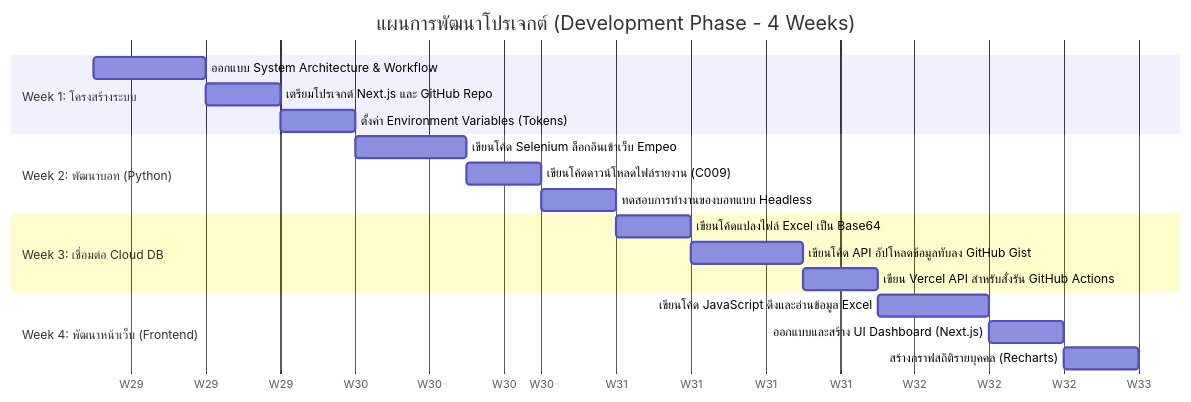
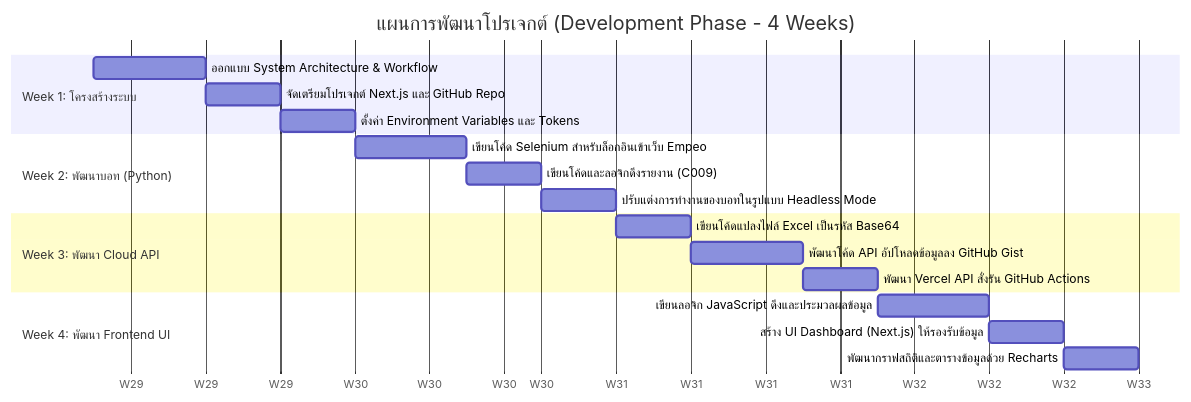
The diagram in DEVELOPMENT_PLAN.md (jakkrss-dev/empeo), drawn with Mermaid before and after one commit. The commit also changed 1 other file, not shown here.

Commit message:
docs: remove testing from development plan

````diff
--- a/DEVELOPMENT_PLAN.md
+++ b/DEVELOPMENT_PLAN.md
@@ -3,26 +3,26 @@
 ```mermaid
 gantt
     title แผนการพัฒนาโปรเจกต์ (Development Phase - 4 Weeks)
     dateFormat  YYYY-MM-DD
     axisFormat  W%W
     
     section Week 1: โครงสร้างระบบ
-    ออกแบบ System Architecture & Workflow     :a1, 2026-07-20, 3d
-    เตรียมโปรเจกต์ Next.js และ GitHub Repo    :a2, after a1, 2d
-    ตั้งค่า Environment Variables (Tokens)     :a3, after a2, 2d
+    ออกแบบ System Architecture & Workflow       :a1, 2026-07-20, 3d
+    จัดเตรียมโปรเจกต์ Next.js และ GitHub Repo    :a2, after a1, 2d
+    ตั้งค่า Environment Variables และ Tokens     :a3, after a2, 2d
     
     section Week 2: พัฒนาบอท (Python)
-    เขียนโค้ด Selenium ล็อกอินเข้าเว็บ Empeo     :b1, 2026-07-27, 3d
-    เขียนโค้ดดาวน์โหลดไฟล์รายงาน (C009)        :b2, after b1, 2d
-    ทดสอบการทำงานของบอทแบบ Headless         :b3, after b2, 2d
+    เขียนโค้ด Selenium สำหรับล็อกอินเข้าเว็บ Empeo :b1, 2026-07-27, 3d
+    เขียนโค้ดและลอจิกดึงรายงาน (C009)          :b2, after b1, 2d
+    ปรับแต่งการทำงานของบอทในรูปแบบ Headless Mode :b3, after b2, 2d
     
-    section Week 3: เชื่อมต่อ Cloud DB
-    เขียนโค้ดแปลงไฟล์ Excel เป็น Base64         :c1, 2026-08-03, 2d
-    เขียนโค้ด API อัปโหลดข้อมูลทับลง GitHub Gist :c2, after c1, 3d
-    เขียน Vercel API สำหรับสั่งรัน GitHub Actions:c3, after c2, 2d
+    section Week 3: พัฒนา Cloud API
+    เขียนโค้ดแปลงไฟล์ Excel เป็นรหัส Base64      :c1, 2026-08-03, 2d
+    พัฒนาโค้ด API อัปโหลดข้อมูลลง GitHub Gist   :c2, after c1, 3d
+    พัฒนา Vercel API สั่งรัน GitHub Actions      :c3, after c2, 2d
     
-    section Week 4: พัฒนาหน้าเว็บ (Frontend)
-    เขียนโค้ด JavaScript ดึงและอ่านข้อมูล Excel   :d1, 2026-08-10, 3d
-    ออกแบบและสร้าง UI Dashboard (Next.js)     :d2, after d1, 2d
-    สร้างกราฟสถิติรายบุคคล (Recharts)         :d3, after d2, 2d
+    section Week 4: พัฒนา Frontend UI
+    เขียนลอจิก JavaScript ดึงและประมวลผลข้อมูล     :d1, 2026-08-10, 3d
+    สร้าง UI Dashboard (Next.js) ให้รองรับข้อมูล  :d2, after d1, 2d
+    พัฒนากราฟสถิติและตารางข้อมูลด้วย Recharts      :d3, after d2, 2d
 ```
````
